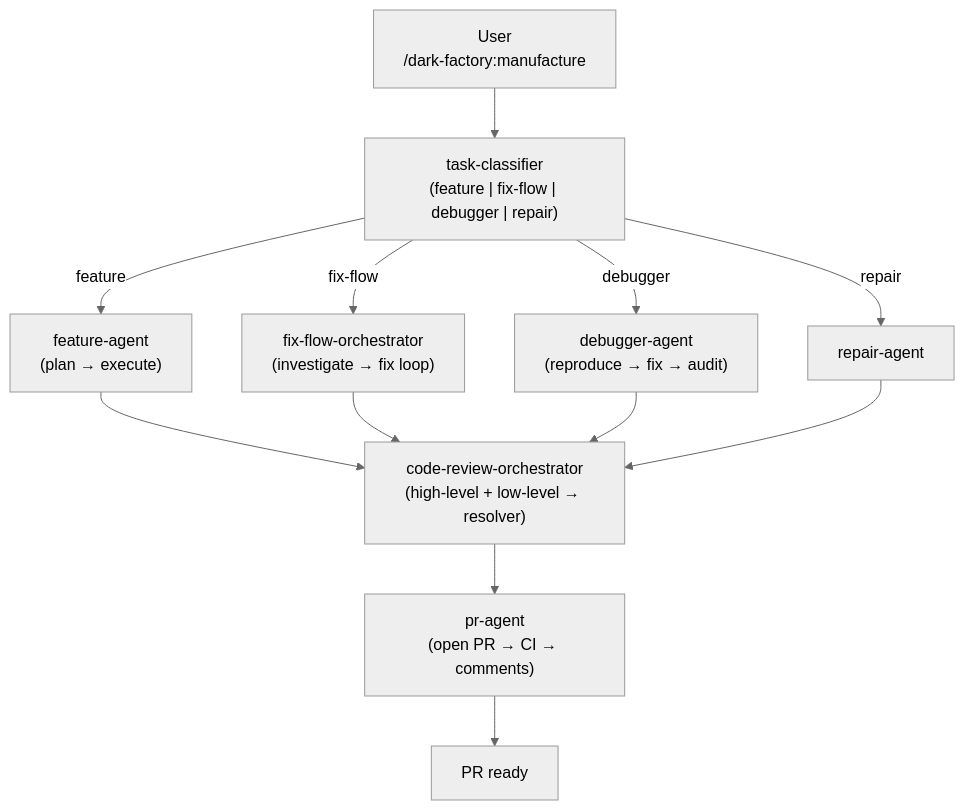
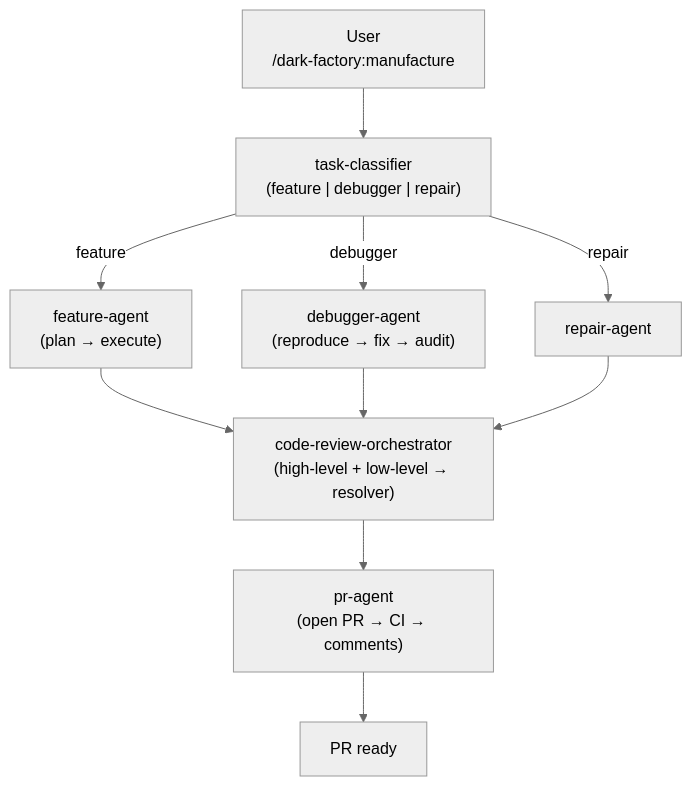
One commit to lewibs/dark-factory changed the diagram in docs/docs/README.md. Above: the diagram before and after it, drawn with Mermaid (neutral theme). The commit also changed other lines of this file and 20 other files, not shown here.

First line of the commit message:
repair: remove fix-flow pipeline route

````diff
--- a/docs/docs/README.md
+++ b/docs/docs/README.md
@@ -13,11 +13,10 @@
 ```mermaid
 flowchart TD
-  User["User\n/dark-factory:manufacture"] --> Classify["task-classifier\n(feature | fix-flow | debugger | repair)"]
+  User["User\n/dark-factory:manufacture"] --> Classify["task-classifier\n(feature | debugger | repair)"]
   Classify -->|feature| Feature["feature-agent\n(plan → execute)"]
-  Classify -->|fix-flow| Fix["fix-flow-orchestrator\n(investigate → fix loop)"]
   Classify -->|debugger| Debug["debugger-agent\n(reproduce → fix → audit)"]
   Classify -->|repair| Repair["repair-agent"]
-  Feature & Fix & Debug & Repair --> Review["code-review-orchestrator\n(high-level + low-level → resolver)"]
+  Feature & Debug & Repair --> Review["code-review-orchestrator\n(high-level + low-level → resolver)"]
   Review --> PR["pr-agent\n(open PR → CI → comments)"]
   PR --> Done["PR ready"]
 ```
````
